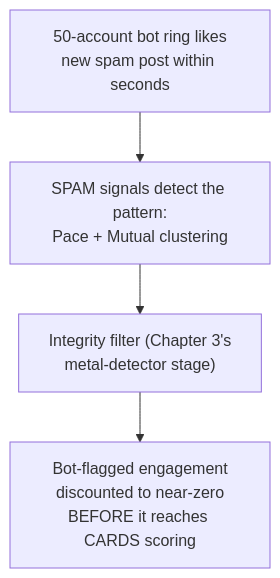
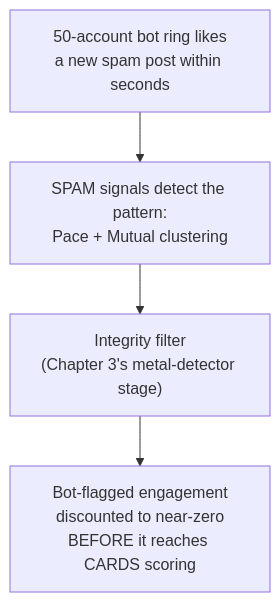
Before and after one commit to riyaz-pasha/Learnings: diagram 11 of 13 in system-design/HLD/0-course/32-Design Newsfeed System-FAANG-Guide-story.md, drawn with Mermaid. The commit also changed other lines of this file and 5 other files, not shown here.

Commit message:
[REWRITE] Design Newsfeed story guide: simplify prose, add structure, fix diagrams

````diff
--- a/system-design/HLD/0-course/32-Design Newsfeed System-FAANG-Guide-story.md
+++ b/system-design/HLD/0-course/32-Design Newsfeed System-FAANG-Guide-story.md
@@ -282,6 +610,6 @@
 ```mermaid
 flowchart TD
-    Ring["50-account bot ring likes\nnew spam post within seconds"] --> Sig["SPAM signals detect the pattern:\nPace + Mutual clustering"]
-    Sig --> Filter["Integrity filter (Chapter 3's\nmetal-detector stage)"]
+    Ring["50-account bot ring likes\na new spam post within seconds"] --> Sig["SPAM signals detect the pattern:\nPace + Mutual clustering"]
+    Sig --> Filter["Integrity filter\n(Chapter 3's metal-detector stage)"]
     Filter --> Discount["Bot-flagged engagement\ndiscounted to near-zero\nBEFORE it reaches CARDS scoring"]
 ```
````
